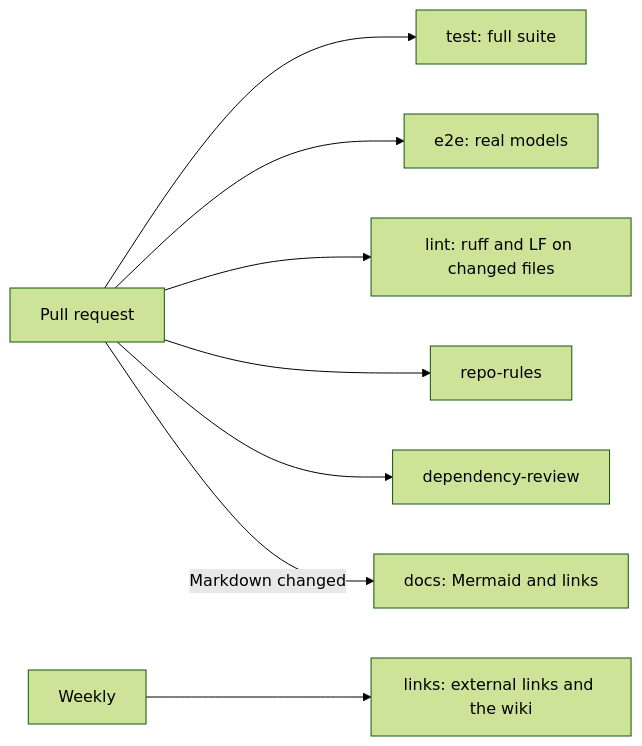
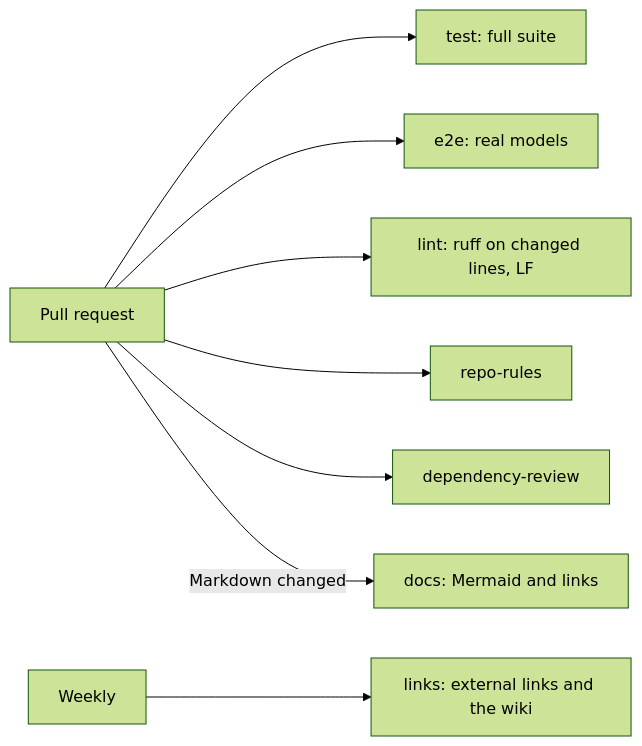
One commit to boudou/StrataKB changed the diagram in CONTRIBUTING.md. Above: the diagram before and after it, drawn with Mermaid (forest theme). The commit also changed other lines of this file and 3 other files, not shown here.

First line of the commit message:
Fail lint only on ruff findings in changed lines

````diff
--- a/CONTRIBUTING.md
+++ b/CONTRIBUTING.md
@@ -44,10 +44,10 @@
 ```mermaid
 flowchart LR
     PR[Pull request] --> T[test: full suite]
     PR --> E[e2e: real models]
-    PR --> L[lint: ruff and LF on changed files]
+    PR --> L[lint: ruff on changed lines, LF]
     PR --> R[repo-rules]
     PR --> D[dependency-review]
     PR -->|Markdown changed| M[docs: Mermaid and links]
     W[Weekly] --> X[links: external links and the wiki]
 ```
````
